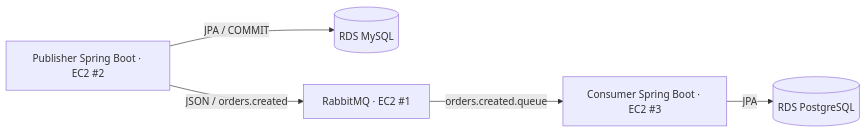
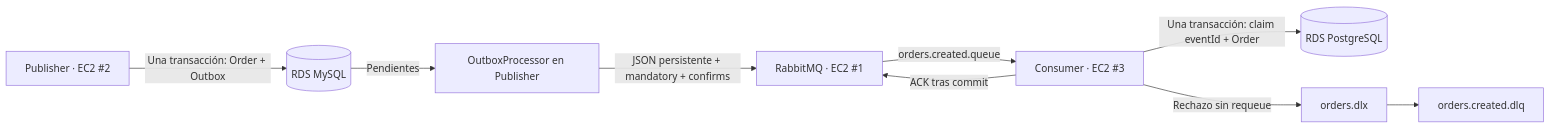
Before and after one commit to pauloberrios44/rabbitmq-1: the diagram in ARCHITECTURE.md, drawn with Mermaid. The commit also changed other lines of this file and 52 other files, not shown here.

Commit message:
feat: secure resilient RabbitMQ demo with transactional outbox

````diff
--- a/ARCHITECTURE.md
+++ b/ARCHITECTURE.md
@@ -2,7 +3,11 @@
 ```mermaid
 flowchart LR
-  P[Publisher Spring Boot · EC2 #2] -->|JPA / COMMIT| M[(RDS MySQL)]
-  P -->|JSON / orders.created| R[RabbitMQ · EC2 #1]
-  R -->|orders.created.queue| C[Consumer Spring Boot · EC2 #3]
-  C -->|JPA| D[(RDS PostgreSQL)]
+    P[Publisher · EC2 #2] -->|Una transacción: Order + Outbox| M[(RDS MySQL)]
+    M -->|Pendientes| O[OutboxProcessor en Publisher]
+    O -->|JSON persistente + mandatory + confirms| R[RabbitMQ · EC2 #1]
+    R -->|orders.created.queue| C[Consumer · EC2 #3]
+    C -->|Una transacción: claim eventId + Order| D[(RDS PostgreSQL)]
+    C -->|ACK tras commit| R
+    C -->|Rechazo sin requeue| X[orders.dlx]
+    X --> Q[orders.created.dlq]
 ```
````
